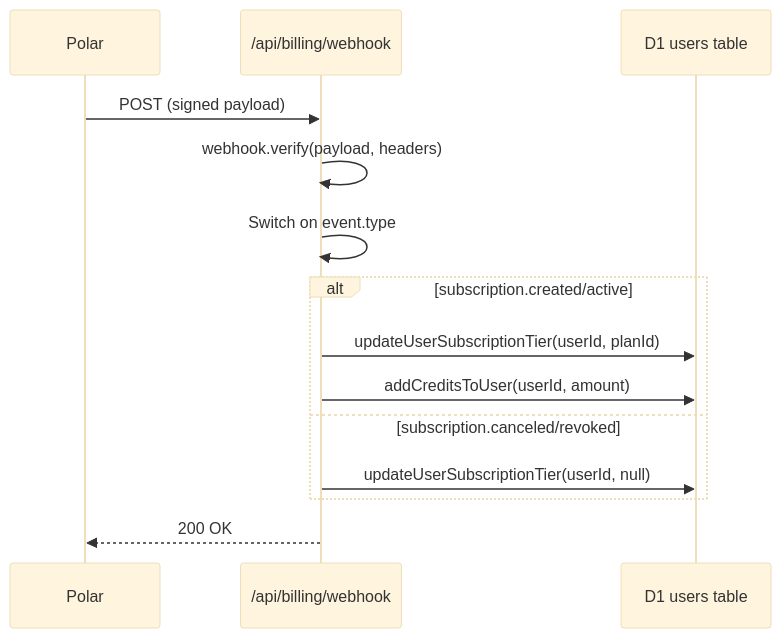
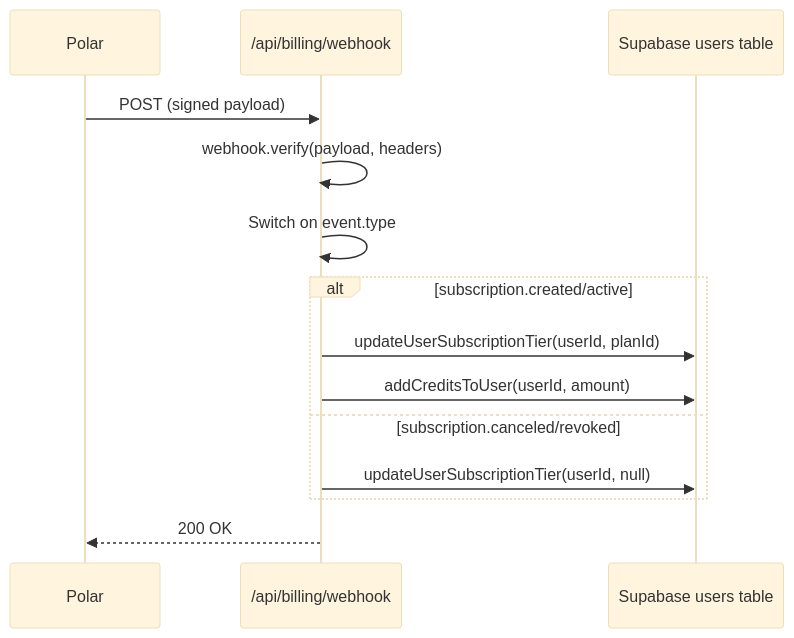
Before and after one commit to blooma-club/blooma: the second of 3 diagrams in docs/polar-subscription-audit.md, drawn with Mermaid (base theme). The commit also changed other lines of this file and 100 other files, not shown here.

````diff
--- a/docs/polar-subscription-audit.md
+++ b/docs/polar-subscription-audit.md
@@ -49,17 +49,17 @@
 ```mermaid
 sequenceDiagram
     participant Polar
     participant Webhook as /api/billing/webhook
-    participant DB as D1 users table
+    participant DB as Supabase users table
     
     Polar->>Webhook: POST (signed payload)
     Webhook->>Webhook: webhook.verify(payload, headers)
     Webhook->>Webhook: Switch on event.type
     alt subscription.created/active
         Webhook->>DB: updateUserSubscriptionTier(userId, planId)
         Webhook->>DB: addCreditsToUser(userId, amount)
     else subscription.canceled/revoked
         Webhook->>DB: updateUserSubscriptionTier(userId, null)
     end
     Webhook-->>Polar: 200 OK
 ```
````
